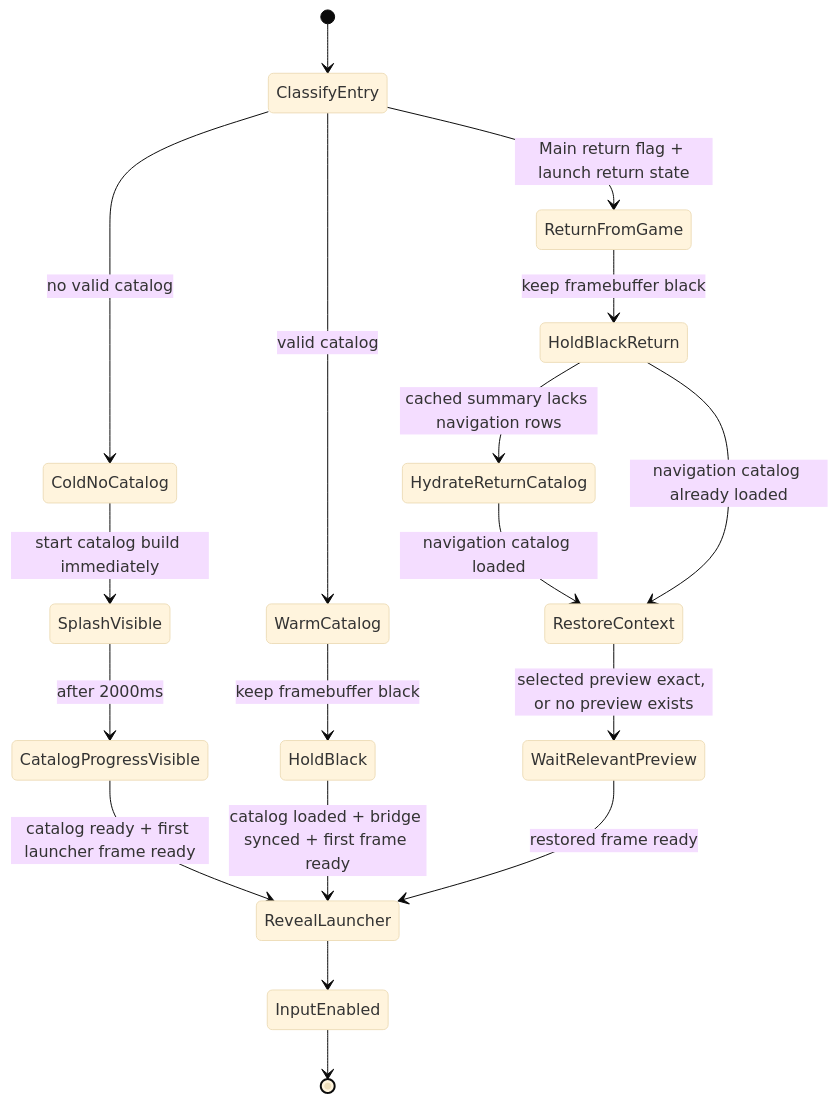
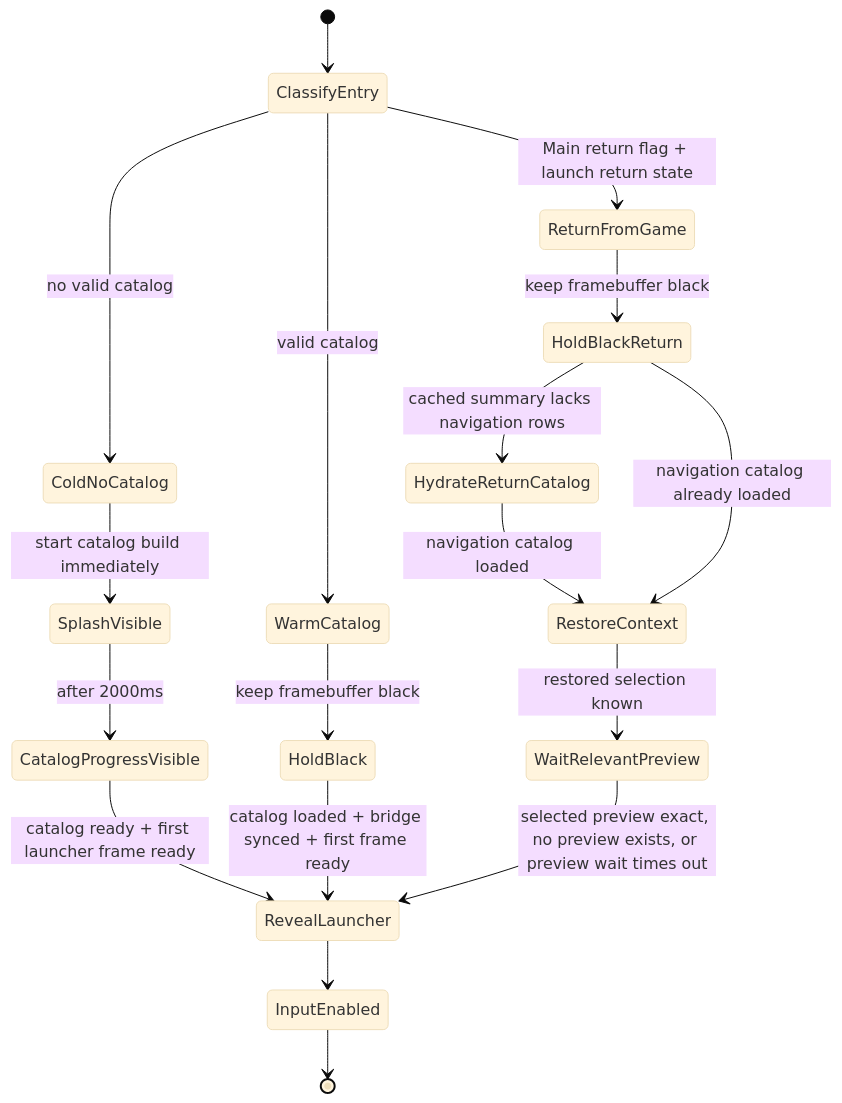
One commit to NigelBreslaw/MiSTer-MagiK changed the second of 3 diagrams in docs/architecture.md. Above: the diagram before and after it, drawn with Mermaid (base theme). The commit also changed other lines of this file and 4 other files, not shown here.

First line of the commit message:
Prevent black screen on return-to-launcher preview wait

````diff
--- a/docs/architecture.md
+++ b/docs/architecture.md
@@ -136,25 +136,25 @@
 ```mermaid
 stateDiagram-v2
     [*] --> ClassifyEntry
 
     ClassifyEntry --> ColdNoCatalog: no valid catalog
     ClassifyEntry --> WarmCatalog: valid catalog
     ClassifyEntry --> ReturnFromGame: Main return flag + launch return state
 
     ColdNoCatalog --> SplashVisible: start catalog build immediately
     SplashVisible --> CatalogProgressVisible: after 2000ms
     CatalogProgressVisible --> RevealLauncher: catalog ready + first launcher frame ready
 
     WarmCatalog --> HoldBlack: keep framebuffer black
     HoldBlack --> RevealLauncher: catalog loaded + bridge synced + first frame ready
 
     ReturnFromGame --> HoldBlackReturn: keep framebuffer black
     HoldBlackReturn --> HydrateReturnCatalog: cached summary lacks navigation rows
     HydrateReturnCatalog --> RestoreContext: navigation catalog loaded
     HoldBlackReturn --> RestoreContext: navigation catalog already loaded
-    RestoreContext --> WaitRelevantPreview: selected preview exact, or no preview exists
-    WaitRelevantPreview --> RevealLauncher: restored frame ready
+    RestoreContext --> WaitRelevantPreview: restored selection known
+    WaitRelevantPreview --> RevealLauncher: selected preview exact, no preview exists, or preview wait times out
 
     RevealLauncher --> InputEnabled
     InputEnabled --> [*]
 ```
````
